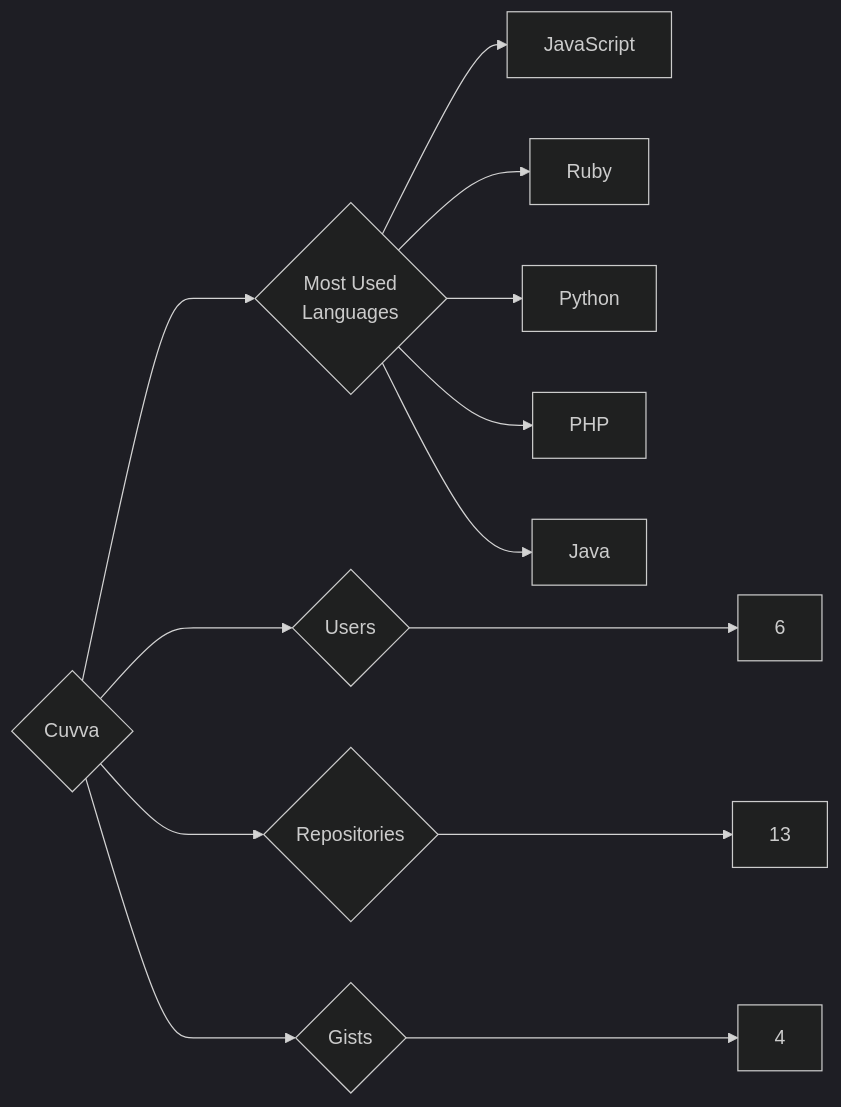
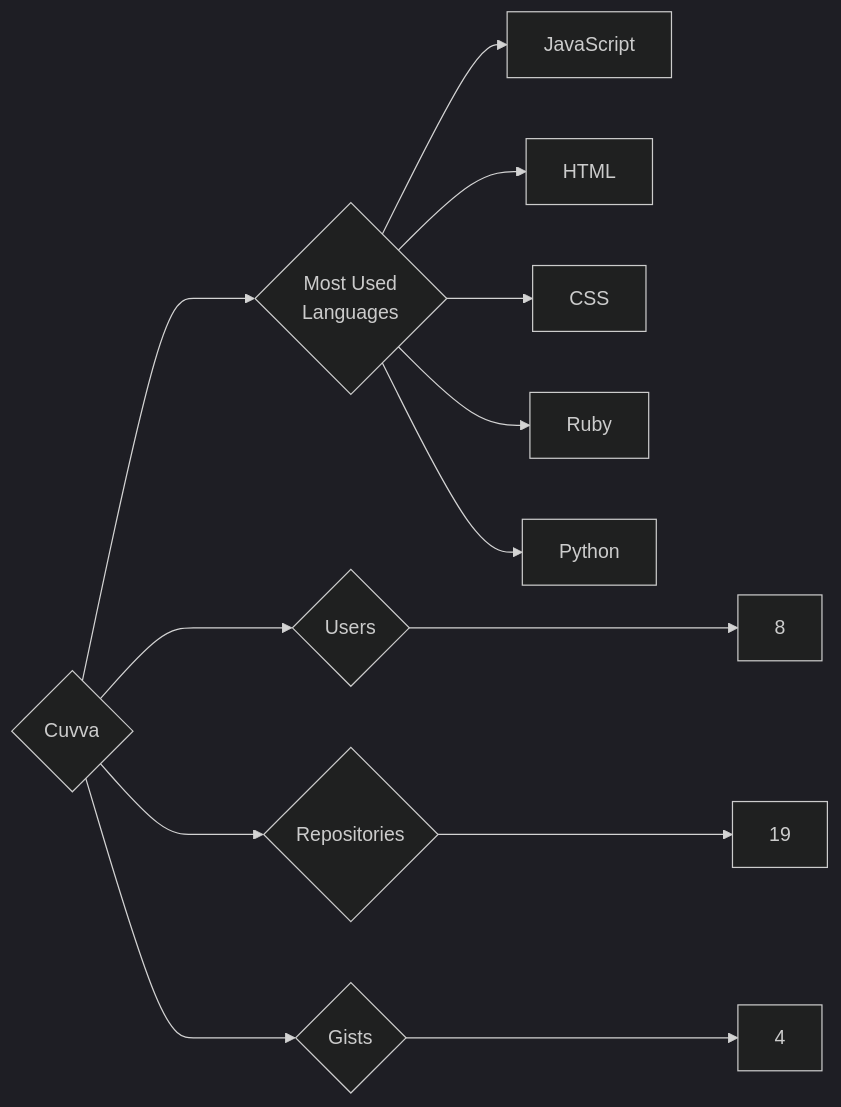
One commit to trickest/insiders changed the diagram in targets/Cuvva/README.md. Above: the diagram before and after it, drawn with Mermaid (dark theme). The commit also changed 1003 other files, not shown here.

````diff
--- a/targets/Cuvva/README.md
+++ b/targets/Cuvva/README.md
@@ -3,13 +3,13 @@
 ```mermaid
 graph LR
 COMPANY_NAME{Cuvva}
-COMPANY_NAME ---> U{Users} ---> UN[6]
-COMPANY_NAME ---> R{Repositories} ---> RN[13]
+COMPANY_NAME ---> U{Users} ---> UN[8]
+COMPANY_NAME ---> R{Repositories} ---> RN[19]
 COMPANY_NAME ---> G{Gists} ---> GN[4]
 COMPANY_NAME ---> ML{Most Used<br>Languages}
 ML --> JavaScript[JavaScript]
+ML --> HTML[HTML]
+ML --> CSS[CSS]
 ML --> Ruby[Ruby]
 ML --> Python[Python]
-ML --> PHP[PHP]
-ML --> Java[Java]
 ```
````
